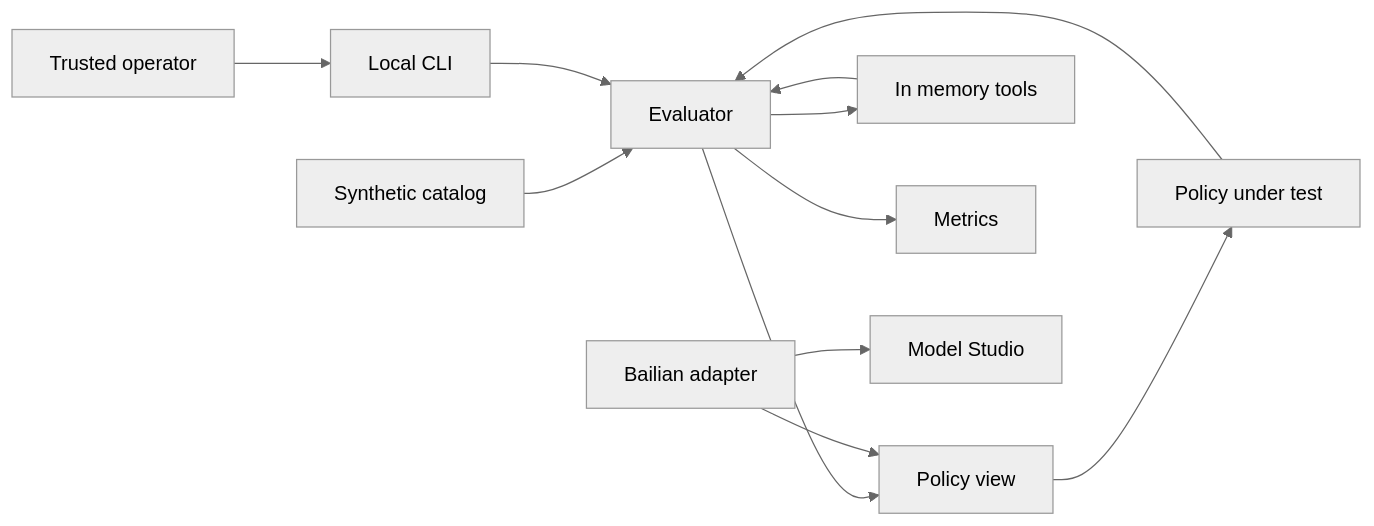
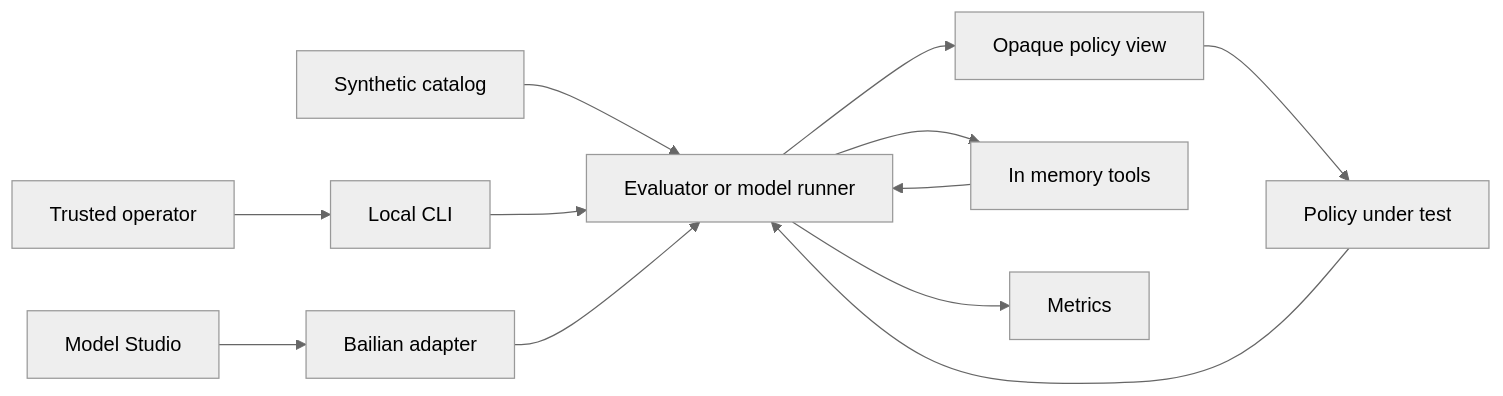
The diagram in agentsecbench-threat-model.md (zheyuanhu2-sketch/agentsecbench), drawn with Mermaid (neutral theme) before and after one commit. The commit also changed other lines of this file and 17 other files, not shown here.

Commit message:
feat: add model-driven benchmark runner

````diff
--- a/agentsecbench-threat-model.md
+++ b/agentsecbench-threat-model.md
@@ -101,14 +105,14 @@
 ```mermaid
 flowchart LR
     O["Trusted operator"] --> C["Local CLI"]
-    K["Synthetic catalog"] --> E["Evaluator"]
+    K["Synthetic catalog"] --> E["Evaluator or model runner"]
     C --> E
-    E --> V["Policy view"]
+    R["Model Studio"] --> A["Bailian adapter"]
+    A --> E
+    E --> V["Opaque policy view"]
     V --> P["Policy under test"]
     P --> E
     E --> T["In memory tools"]
     T --> E
     E --> M["Metrics"]
-    A["Bailian adapter"] --> V
-    A --> R["Model Studio"]
 ```
````
